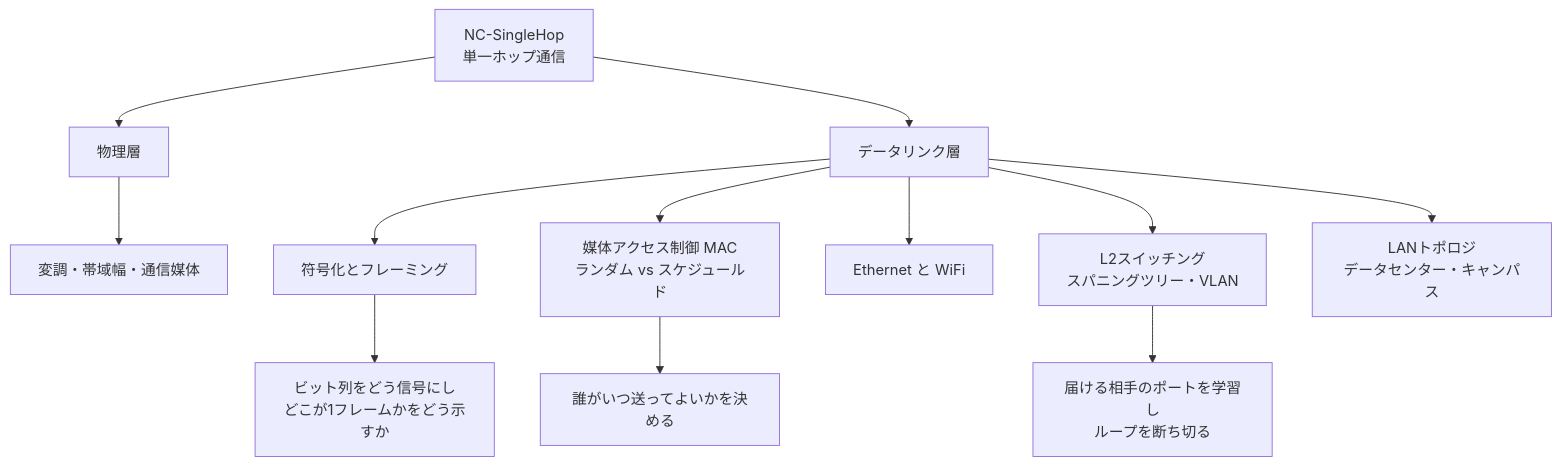
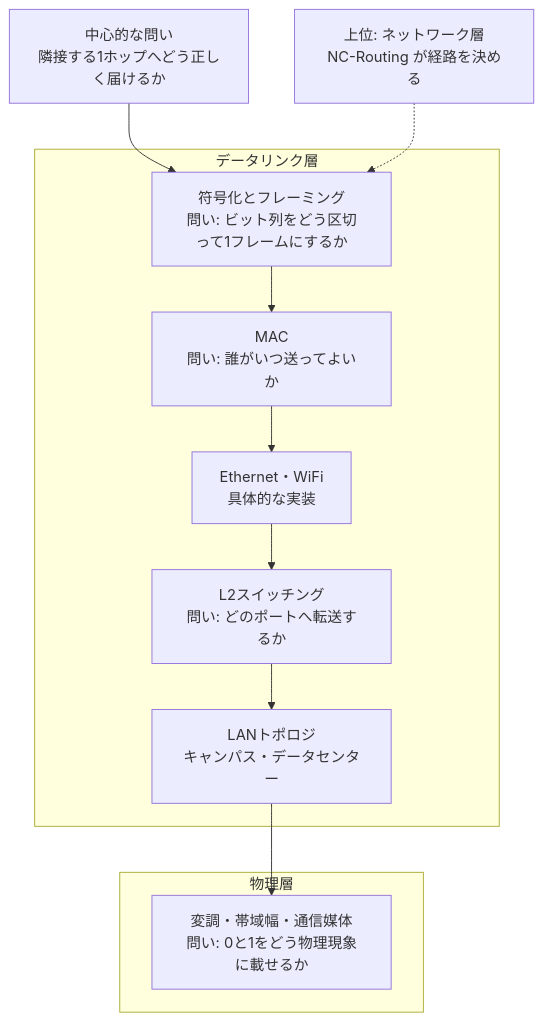
One commit to miyataka/cszap changed the diagram in docs/NC/NC-SingleHop.md. Above: the diagram before and after it, drawn with Mermaid. The commit also changed other lines of this file and 28 other files, not shown here.

First line of the commit message:
docs: redesign 全体像 diagrams per unit (29 pages)

````diff
--- a/docs/NC/NC-SingleHop.md
+++ b/docs/NC/NC-SingleHop.md
@@ -12,14 +12,22 @@
 ```mermaid
 graph TD
-  A[NC-SingleHop<br/>単一ホップ通信] --> B[物理層]
-  A --> C[データリンク層]
-  B --> B1[変調・帯域幅・通信媒体]
-  C --> C2[符号化とフレーミング]
-  C --> C3[媒体アクセス制御 MAC<br/>ランダム vs スケジュールド]
-  C --> C4[Ethernet と WiFi]
-  C --> C5[L2スイッチング<br/>スパニングツリー・VLAN]
-  C --> C6[LANトポロジ<br/>データセンター・キャンパス]
-  C2 --> D1[ビット列をどう信号にし<br/>どこが1フレームかをどう示すか]
-  C3 --> D2[誰がいつ送ってよいかを決める]
-  C5 --> D3[届ける相手のポートを学習し<br/>ループを断ち切る]
+  Q["中心的な問い<br/>隣接する1ホップへどう正しく届けるか"]
+  UPNET["上位: ネットワーク層<br/>NC-Routing が経路を決める"]
+
+  subgraph DL["データリンク層"]
+    ENC["符号化とフレーミング<br/>問い: ビット列をどう区切って1フレームにするか"]
+    MAC["MAC<br/>問い: 誰がいつ送ってよいか"]
+    EW["Ethernet・WiFi<br/>具体的な実装"]
+    SWL["L2スイッチング<br/>問い: どのポートへ転送するか"]
+    LAN["LANトポロジ<br/>キャンパス・データセンター"]
+    ENC --> MAC --> EW --> SWL --> LAN
+  end
+
+  subgraph PHY["物理層"]
+    MOD["変調・帯域幅・通信媒体<br/>問い: 0と1をどう物理現象に載せるか"]
+  end
+
+  Q --> ENC
+  UPNET -.-> ENC
+  LAN --> MOD
 ```
````
